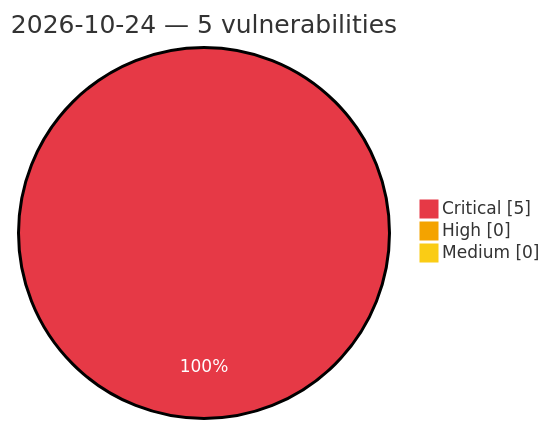
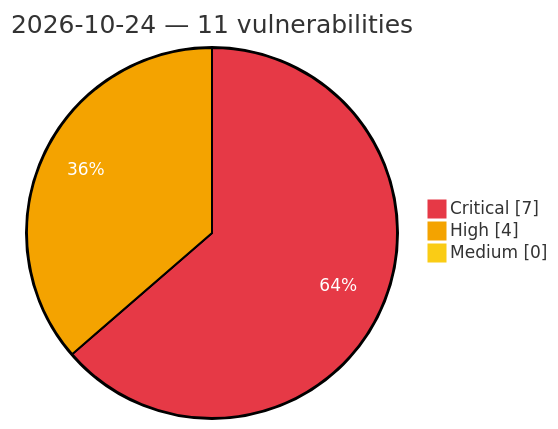
Before and after one commit to GhostX0X/vuln-tracker: the diagram in vulnerabilities/2026/October/2026-10-24.md, drawn with Mermaid. The commit also changed other lines of this file and 5 other files, not shown here.

Commit message:
Auto update: critical/high vulns (2026-10-24 14:04 UTC)

````diff
--- a/vulnerabilities/2026/October/2026-10-24.md
+++ b/vulnerabilities/2026/October/2026-10-24.md
@@ -3,8 +3,8 @@
 ```mermaid
 %%{init: {'theme':'base', 'themeVariables': {'pie1':'#e63946', 'pie2':'#f4a300', 'pie3':'#facc15', 'pieOpacity':'1', 'pieOuterStrokeWidth':'2px', 'pieSectionTextColor':'#ffffff'}}}%%
 pie showData
-    title 2026-10-24 — 5 vulnerabilities
-    "Critical" : 5
-    "High" : 0
+    title 2026-10-24 — 11 vulnerabilities
+    "Critical" : 7
+    "High" : 4
     "Medium" : 0
 ```
````
